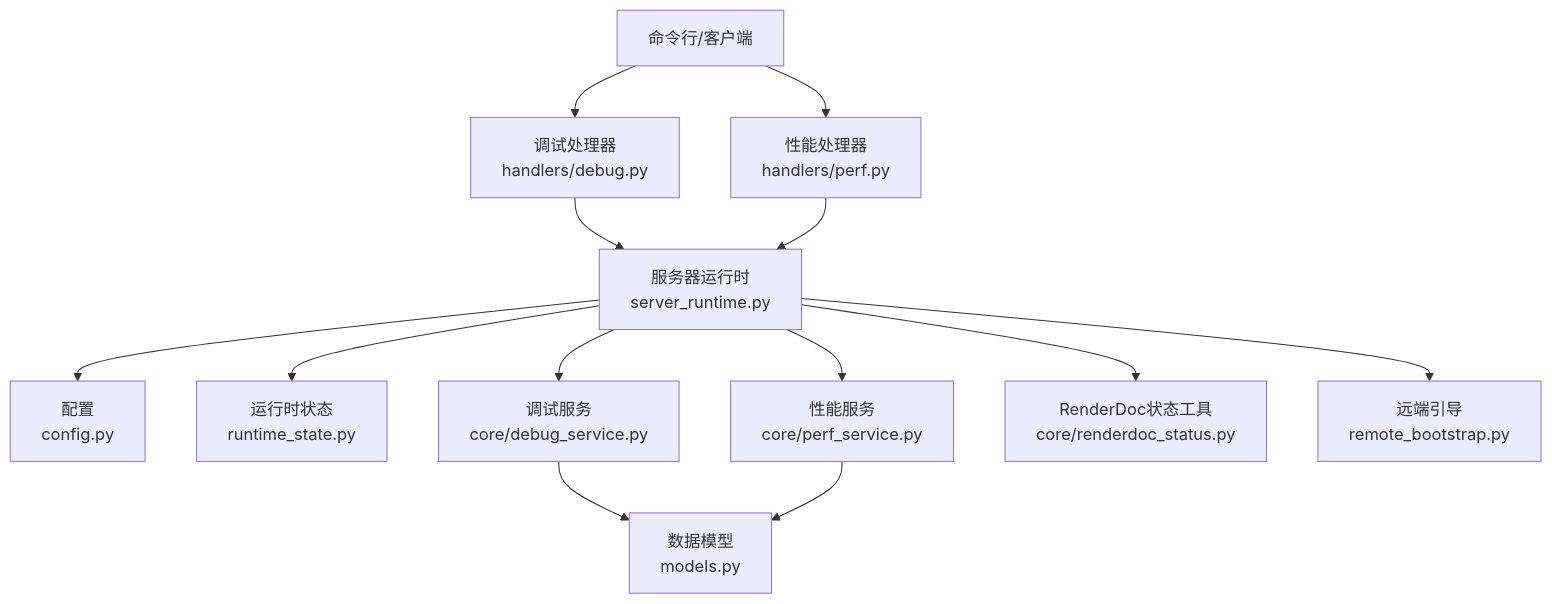
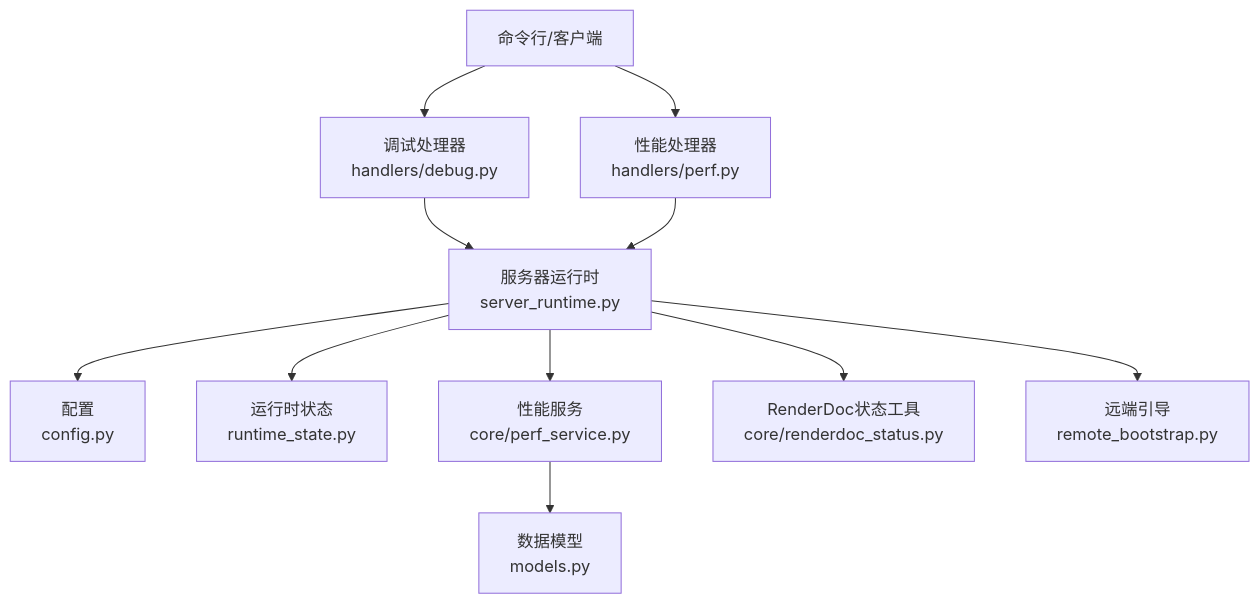
Before and after one commit to haolange/RDC-Tool: the first of 5 diagrams in .qoder/repowiki/zh/content/高级主题/监控与调试.md, drawn with Mermaid. The commit also changed other lines of this file and 79 other files, not shown here.

````diff
--- a/.qoder/repowiki/zh/content/高级主题/监控与调试.md
+++ b/.qoder/repowiki/zh/content/高级主题/监控与调试.md
@@ -41,15 +47,13 @@
 ```mermaid
 graph TB
 CLI["命令行/客户端"] --> H_DEBUG["调试处理器<br/>handlers/debug.py"]
 CLI --> H_PERF["性能处理器<br/>handlers/perf.py"]
 H_DEBUG --> SR["服务器运行时<br/>server_runtime.py"]
 H_PERF --> SR
 SR --> CFG["配置<br/>config.py"]
 SR --> RS["运行时状态<br/>runtime_state.py"]
-SR --> DS["调试服务<br/>core/debug_service.py"]
 SR --> PS["性能服务<br/>core/perf_service.py"]
 SR --> RD_STATUS["RenderDoc状态工具<br/>core/renderdoc_status.py"]
 SR --> RM["远端引导<br/>remote_bootstrap.py"]
-DS --> M["数据模型<br/>models.py"]
-PS --> M
+PS --> M["数据模型<br/>models.py"]
 ```
````
